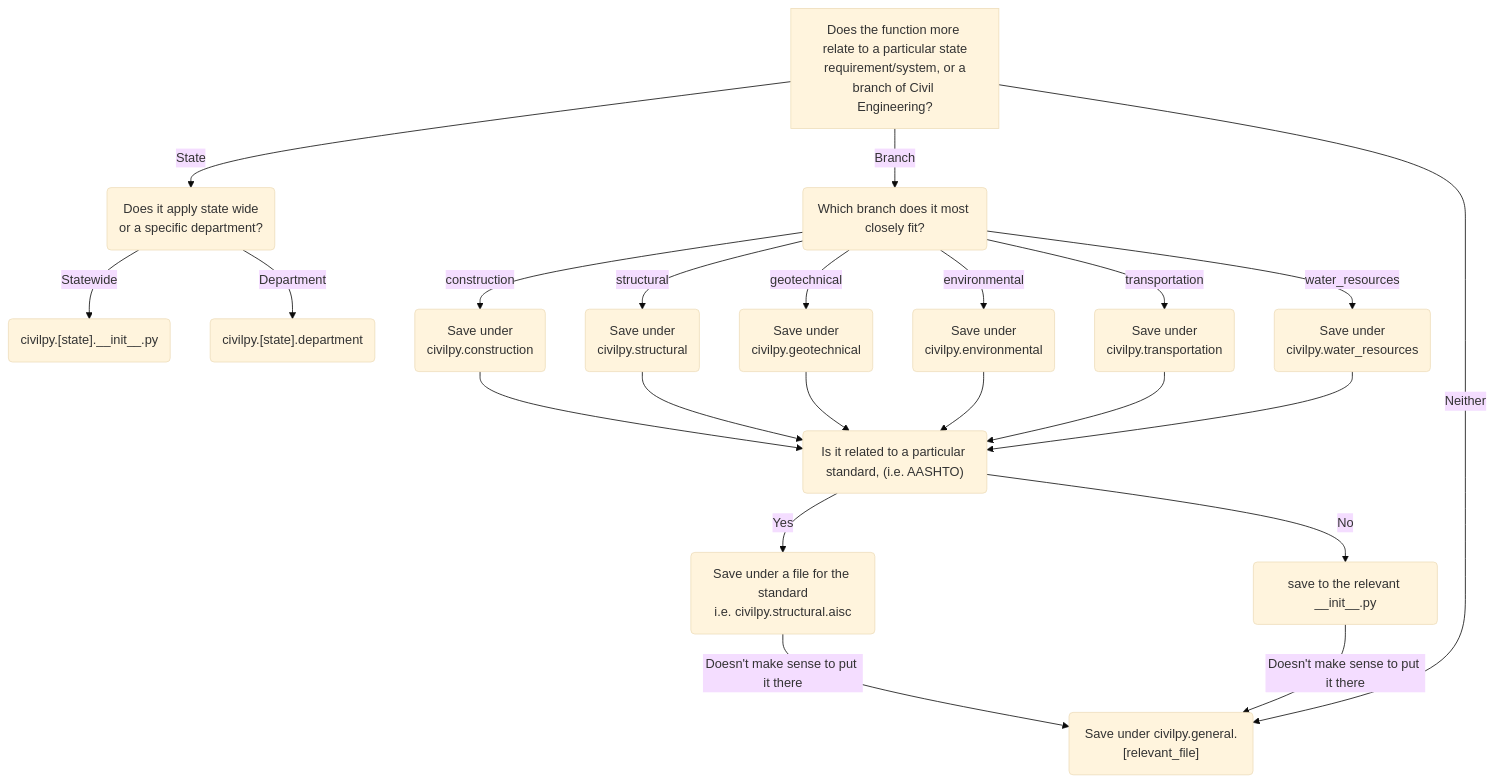
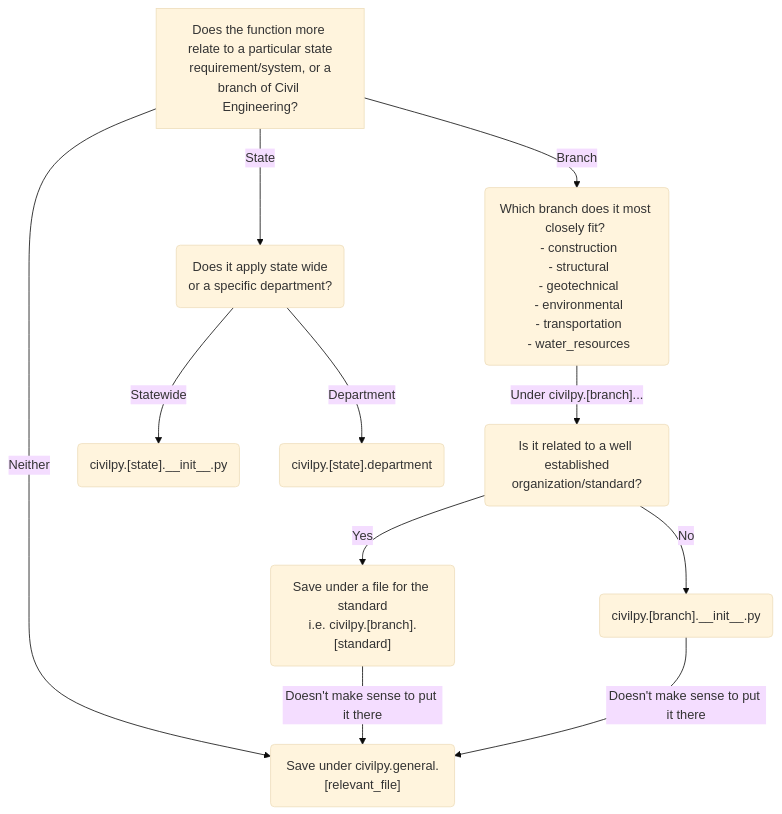
One commit to drparks71w/CivilPy changed the diagram in README.md. Above: the diagram before and after it, drawn with Mermaid (base theme).

Commit message:
Updated Readme.md with Mermaid diagram

````diff
--- a/README.md
+++ b/README.md
@@ -67,25 +67,14 @@
 ```mermaid
 graph TD
     A[Does the function more relate to a particular state<br> requirement/system, or a branch of Civil Engineering?] --> |State| B("Does it apply state wide <br> or a specific department?")
-    A --> |Branch| C("Which branch does it most closely fit? ")
-    C --> |construction| D(Save under <br> civilpy.construction)
-    C --> |structural| E(Save under <br> civilpy.structural)
-    C --> |geotechnical| F(Save under <br> civilpy.geotechnical)
-    C --> |environmental| G(Save under <br> civilpy.environmental)
-    C --> |transportation| H(Save under <br> civilpy.transportation)
-    C --> |water_resources| I(Save under <br> civilpy.water_resources)
+    A --> |Branch| C("Which branch does it most closely fit? <br> - construction<br> - structural<br> - geotechnical<br> - environmental<br> - transportation<br> - water_resources")
+    C --> |"Under civilpy.[branch]..." | K("Is it related to a well established<br>organization/standard?")
     A --> |Neither| P
-    D --> K("Is it related to a particular standard, (i.e. AASHTO)")
-    E --> K
-    F --> K
-    G --> K
-    H --> K
-    I --> K
     B --> |Statewide| L("civilpy.[state].__init__.py")
     B --> |Department| M("civilpy.[state].department")
-    K --> |Yes| N("Save under a file for the standard<br>i.e. civilpy.structural.aisc")
-    K --> |No| O("save to the relevant __init__.py")
+    K --> |Yes| N("Save under a file for the standard<br>i.e. civilpy.[branch].[standard]")
+    K --> |No| O("civilpy.[branch].__init__.py")
     P("Save under civilpy.general.[relevant_file]")
     N --> |Doesn't make sense to put it there| P
     O --> |Doesn't make sense to put it there|P
 ```
````
